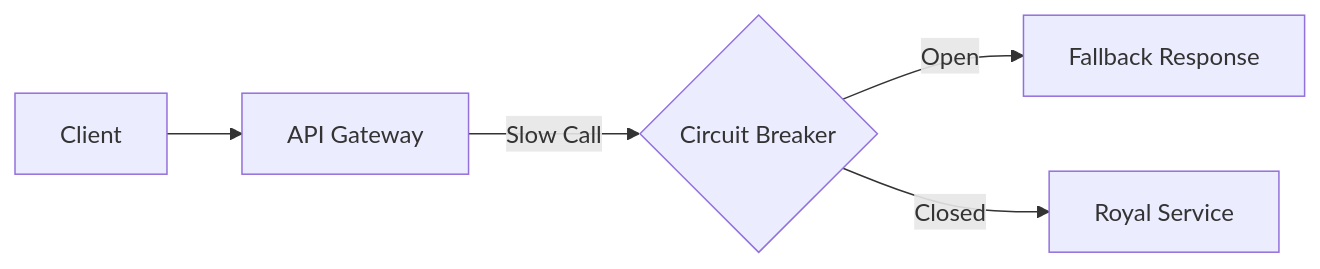
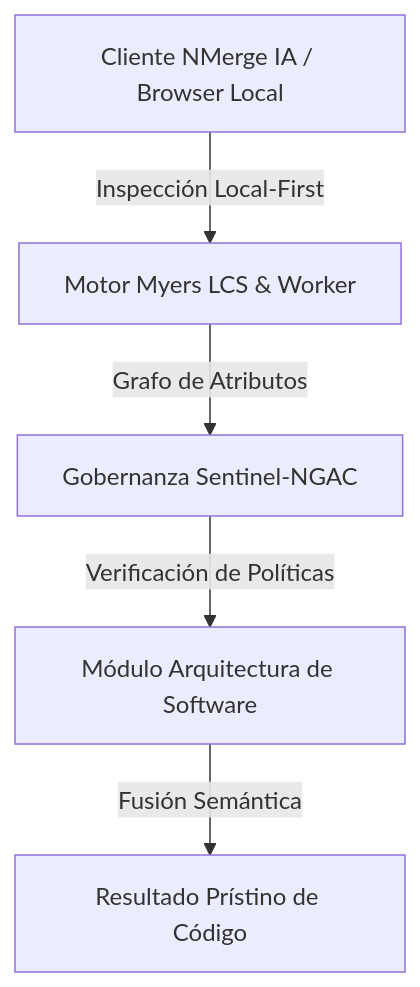
Before and after one commit to gjpierp/nmergeia: the diagram in public/docs/en/tema_12_resiliencia_backend.md, drawn with Mermaid. The commit also changed other lines of this file and 518 other files, not shown here.

````diff
--- a/public/docs/en/tema_12_resiliencia_backend.md
+++ b/public/docs/en/tema_12_resiliencia_backend.md
@@ -11,7 +42,7 @@
 ```mermaid
-graph LR
-  A[Client] --> B[API Gateway]
-  B -->|Slow Call| C{Circuit Breaker}
-  C -->|Open| D[Fallback Response]
-  C -->|Closed| E[Royal Service]
+graph TD
+    A[Cliente NMerge IA / Browser Local] -->|Inspección Local-First| B[Motor Myers LCS & Worker]
+    B -->|Grafo de Atributos| C[Gobernanza Sentinel-NGAC]
+    C -->|Verificación de Políticas| D[Módulo Arquitectura de Software]
+    D -->|Fusión Semántica| E[Resultado Prístino de Código]
 ```
````
